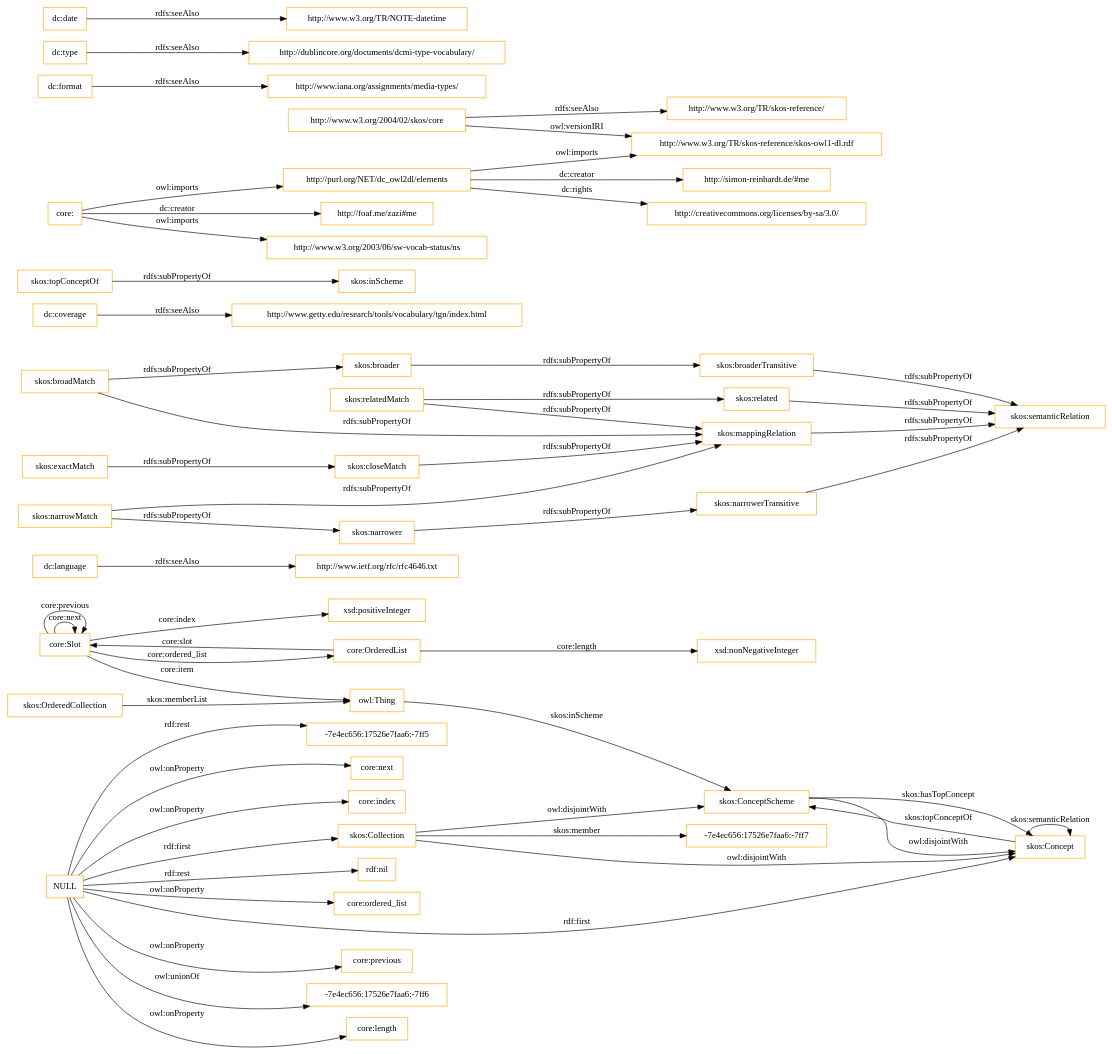
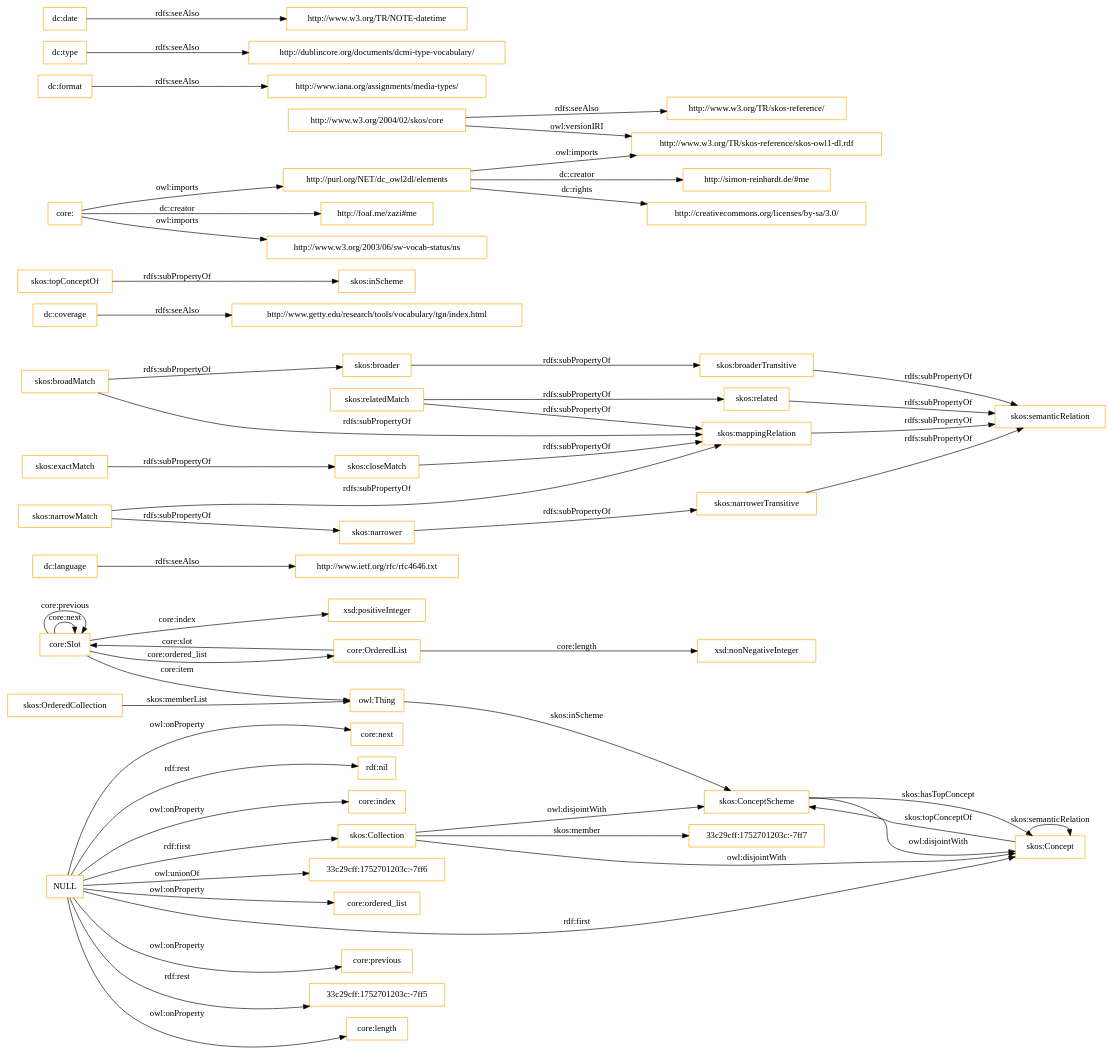
One commit to OnToologyUser/core-ontology-1 changed the diagram in OnToology/imports/core.owl/diagrams/ar2dtool-class/core.owl.png.dot. Above: the diagram before and after it, drawn with Graphviz. The commit also changed 14 other files, not shown here.

```diff
--- a/OnToology/imports/core.owl/diagrams/ar2dtool-class/core.owl.png.dot
+++ b/OnToology/imports/core.owl/diagrams/ar2dtool-class/core.owl.png.dot
@@ -1,60 +1,60 @@
 digraph ar2dtool_diagram { 
 rankdir=LR;
 size="1501"
-node [shape = rectangle, color="orange"]; "core:Slot" "core:OrderedList" "-7e4ec656:17526e7faa6:-7ff7" "skos:OrderedCollection" "skos:Collection" "skos:ConceptScheme" "skos:Concept" ; /*classes style*/
+node [shape = rectangle, color="orange"]; "core:Slot" "core:OrderedList" "33c29cff:1752701203c:-7ff7" "skos:OrderedCollection" "skos:Collection" "skos:ConceptScheme" "skos:Concept" ; /*classes style*/
 	"dc:language" -> "http://www.ietf.org/rfc/rfc4646.txt" [ label = "rdfs:seeAlso" ];
 	"NULL" -> "core:previous" [ label = "owl:onProperty" ];
-	"NULL" -> "-7e4ec656:17526e7faa6:-7ff6" [ label = "owl:unionOf" ];
+	"NULL" -> "33c29cff:1752701203c:-7ff5" [ label = "rdf:rest" ];
 	"NULL" -> "core:length" [ label = "owl:onProperty" ];
 	"NULL" -> "skos:Concept" [ label = "rdf:first" ];
-	"NULL" -> "-7e4ec656:17526e7faa6:-7ff5" [ label = "rdf:rest" ];
 	"NULL" -> "core:next" [ label = "owl:onProperty" ];
+	"NULL" -> "rdf:nil" [ label = "rdf:rest" ];
 	"NULL" -> "core:index" [ label = "owl:onProperty" ];
-	"NULL" -> "rdf:nil" [ label = "rdf:rest" ];
+	"NULL" -> "33c29cff:1752701203c:-7ff6" [ label = "owl:unionOf" ];
 	"NULL" -> "core:ordered_list" [ label = "owl:onProperty" ];
 	"NULL" -> "skos:Collection" [ label = "rdf:first" ];
 	"skos:closeMatch" -> "skos:mappingRelation" [ label = "rdfs:subPropertyOf" ];
 	"dc:coverage" -> "http://www.getty.edu/research/tools/vocabulary/tgn/index.html" [ label = "rdfs:seeAlso" ];
 	"skos:relatedMatch" -> "skos:related" [ label = "rdfs:subPropertyOf" ];
 	"skos:relatedMatch" -> "skos:mappingRelation" [ label = "rdfs:subPropertyOf" ];
 	"skos:ConceptScheme" -> "skos:Concept" [ label = "owl:disjointWith" ];
 	"skos:related" -> "skos:semanticRelation" [ label = "rdfs:subPropertyOf" ];
 	"skos:topConceptOf" -> "skos:inScheme" [ label = "rdfs:subPropertyOf" ];
 	"skos:broadMatch" -> "skos:broader" [ label = "rdfs:subPropertyOf" ];
 	"skos:broadMatch" -> "skos:mappingRelation" [ label = "rdfs:subPropertyOf" ];
 	"http://purl.org/NET/dc_owl2dl/elements" -> "http://www.w3.org/TR/skos-reference/skos-owl1-dl.rdf" [ label = "owl:imports" ];
 	"http://purl.org/NET/dc_owl2dl/elements" -> "http://creativecommons.org/licenses/by-sa/3.0/" [ label = "dc:rights" ];
 	"http://purl.org/NET/dc_owl2dl/elements" -> "http://simon-reinhardt.de/#me" [ label = "dc:creator" ];
 	"skos:exactMatch" -> "skos:closeMatch" [ label = "rdfs:subPropertyOf" ];
 	"dc:format" -> "http://www.iana.org/assignments/media-types/" [ label = "rdfs:seeAlso" ];
 	"core:" -> "http://foaf.me/zazi#me" [ label = "dc:creator" ];
 	"core:" -> "http://www.w3.org/2003/06/sw-vocab-status/ns" [ label = "owl:imports" ];
 	"core:" -> "http://purl.org/NET/dc_owl2dl/elements" [ label = "owl:imports" ];
 	"skos:broaderTransitive" -> "skos:semanticRelation" [ label = "rdfs:subPropertyOf" ];
 	"skos:mappingRelation" -> "skos:semanticRelation" [ label = "rdfs:subPropertyOf" ];
 	"skos:broader" -> "skos:broaderTransitive" [ label = "rdfs:subPropertyOf" ];
 	"dc:type" -> "http://dublincore.org/documents/dcmi-type-vocabulary/" [ label = "rdfs:seeAlso" ];
 	"http://www.w3.org/2004/02/skos/core" -> "http://www.w3.org/TR/skos-reference/skos-owl1-dl.rdf" [ label = "owl:versionIRI" ];
 	"http://www.w3.org/2004/02/skos/core" -> "http://www.w3.org/TR/skos-reference/" [ label = "rdfs:seeAlso" ];
 	"skos:Collection" -> "skos:ConceptScheme" [ label = "owl:disjointWith" ];
 	"skos:Collection" -> "skos:Concept" [ label = "owl:disjointWith" ];
 	"skos:narrowMatch" -> "skos:narrower" [ label = "rdfs:subPropertyOf" ];
 	"skos:narrowMatch" -> "skos:mappingRelation" [ label = "rdfs:subPropertyOf" ];
 	"skos:narrower" -> "skos:narrowerTransitive" [ label = "rdfs:subPropertyOf" ];
 	"dc:date" -> "http://www.w3.org/TR/NOTE-datetime" [ label = "rdfs:seeAlso" ];
 	"skos:narrowerTransitive" -> "skos:semanticRelation" [ label = "rdfs:subPropertyOf" ];
 	"core:Slot" -> "xsd:positiveInteger" [ label = "core:index" ];
 	"skos:Concept" -> "skos:ConceptScheme" [ label = "skos:topConceptOf" ];
 	"core:Slot" -> "owl:Thing" [ label = "core:item" ];
 	"core:OrderedList" -> "xsd:nonNegativeInteger" [ label = "core:length" ];
 	"core:OrderedList" -> "core:Slot" [ label = "core:slot" ];
-	"skos:Collection" -> "-7e4ec656:17526e7faa6:-7ff7" [ label = "skos:member" ];
+	"skos:Collection" -> "33c29cff:1752701203c:-7ff7" [ label = "skos:member" ];
 	"core:Slot" -> "core:Slot" [ label = "core:next" ];
 	"skos:ConceptScheme" -> "skos:Concept" [ label = "skos:hasTopConcept" ];
 	"owl:Thing" -> "skos:ConceptScheme" [ label = "skos:inScheme" ];
 	"core:Slot" -> "core:Slot" [ label = "core:previous" ];
 	"skos:OrderedCollection" -> "owl:Thing" [ label = "skos:memberList" ];
 	"skos:Concept" -> "skos:Concept" [ label = "skos:semanticRelation" ];
 	"core:Slot" -> "core:OrderedList" [ label = "core:ordered_list" ];
 
 }
```
